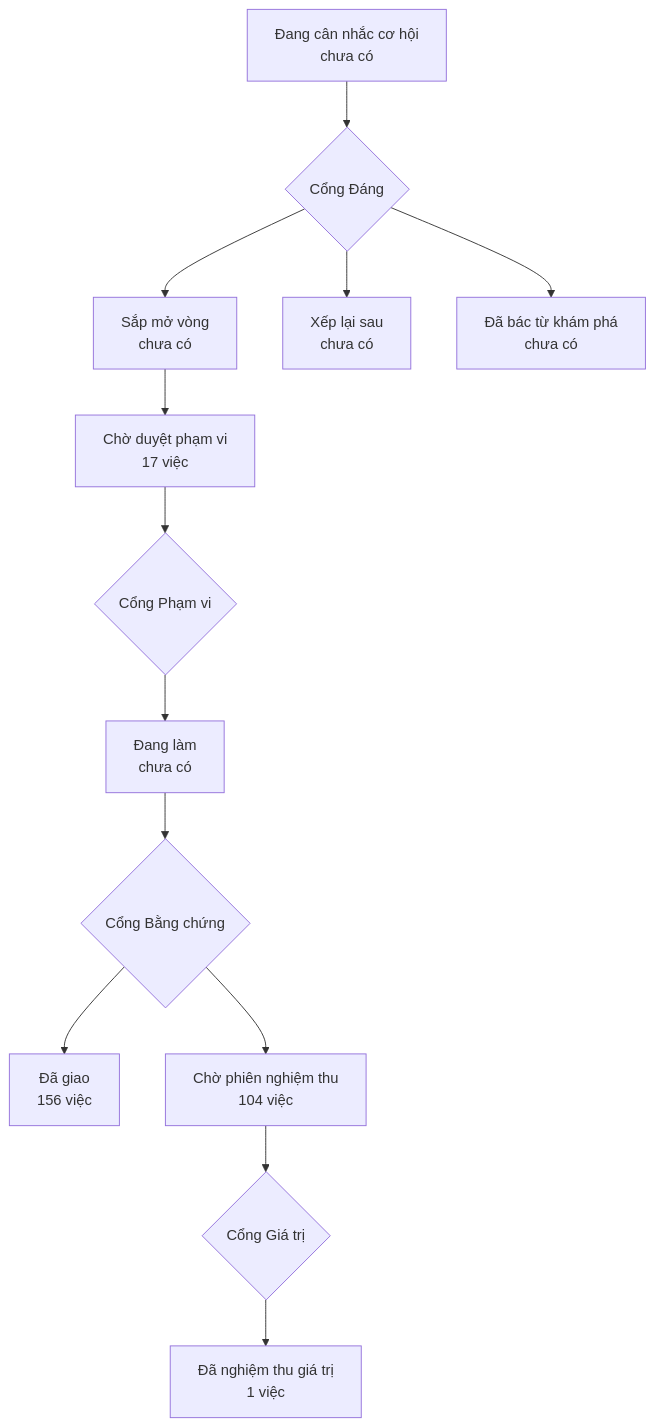
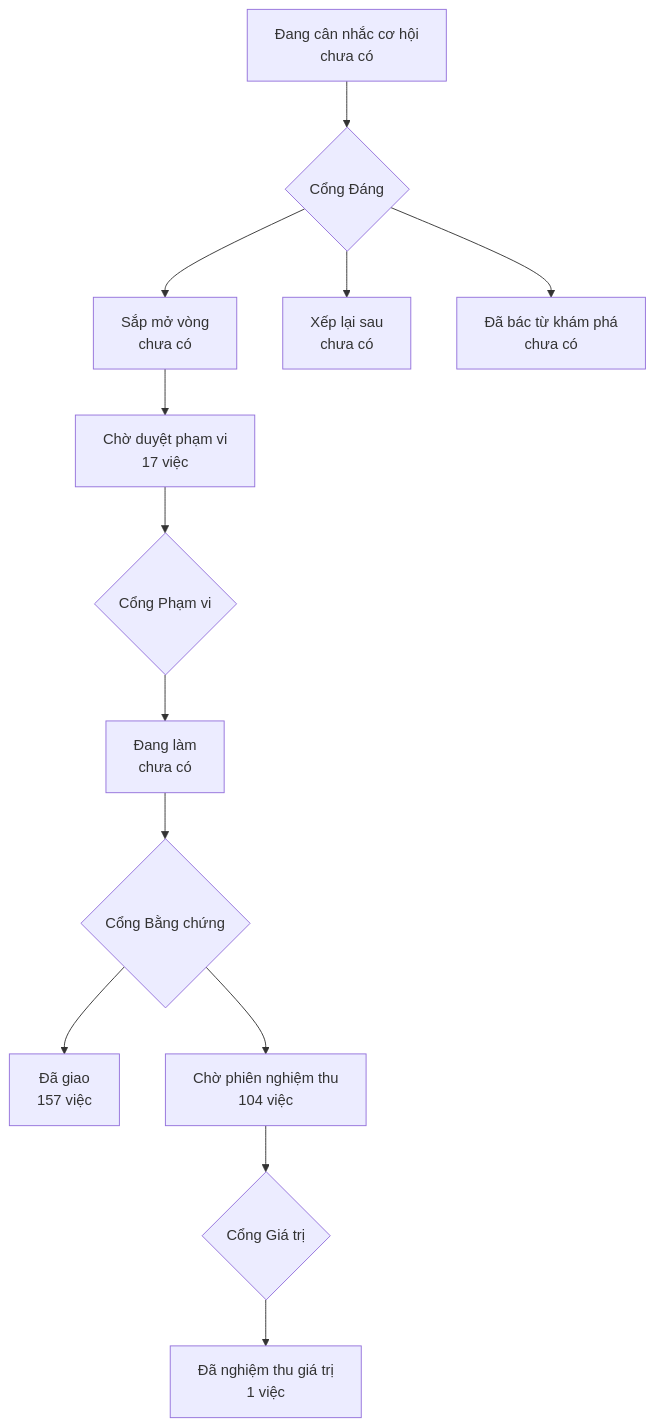
The diagram in PRODUCT-MAP.md (phanlemanh/onehub-invest), drawn with Mermaid before and after one commit. The commit also changed other lines of this file and 82 other files, not shown here.

````diff
--- a/PRODUCT-MAP.md
+++ b/PRODUCT-MAP.md
@@ -7,12 +7,12 @@
 ```mermaid
 flowchart TD
   A["Đang cân nhắc cơ hội<br/>chưa có"] --> GD{"Cổng Đáng"}
   GD --> B["Sắp mở vòng<br/>chưa có"]
   GD --> XL["Xếp lại sau<br/>chưa có"]
   GD --> DB["Đã bác từ khám phá<br/>chưa có"]
   B --> CD["Chờ duyệt phạm vi<br/>17 việc"] --> GP{"Cổng Phạm vi"}
   GP --> DL["Đang làm<br/>chưa có"] --> GB{"Cổng Bằng chứng"}
-  GB --> DG["Đã giao<br/>156 việc"]
+  GB --> DG["Đã giao<br/>157 việc"]
   GB --> CN["Chờ phiên nghiệm thu<br/>104 việc"] --> GG{"Cổng Giá trị"}
   GG --> NT["Đã nghiệm thu giá trị<br/>1 việc"]
 ```
````
